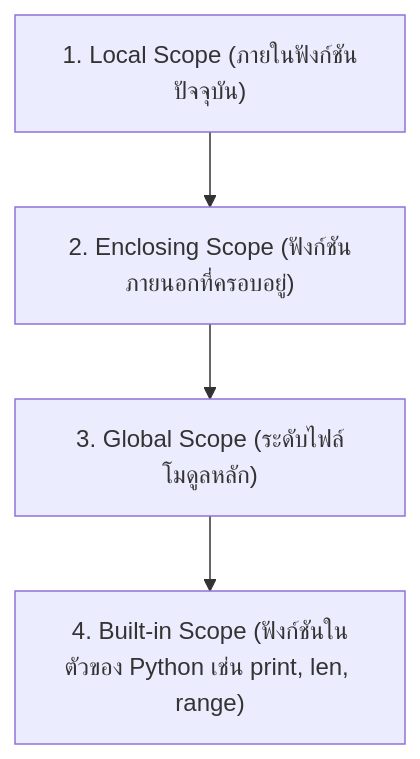
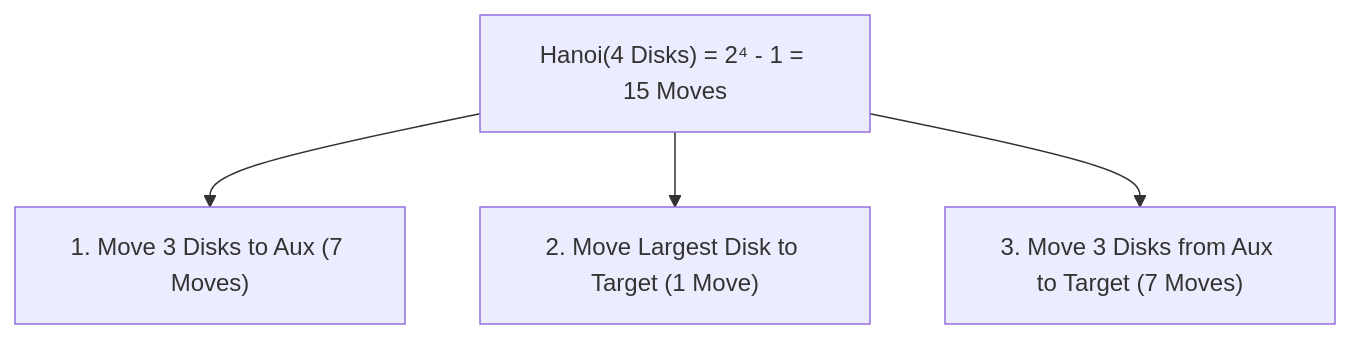
Before and after one commit to Tsanaphy2023/computing-science: the diagram in book1_chapters/chapter07_modular_programming_and_recursion.md, drawn with Mermaid. The commit also changed other lines of this file and 13 other files, not shown here.

````diff
--- a/book1_chapters/chapter07_modular_programming_and_recursion.md
+++ b/book1_chapters/chapter07_modular_programming_and_recursion.md
@@ -34,6 +63,7 @@
 ```mermaid
 graph TD
-    L["1. Local Scope (ภายในฟังก์ชันปัจจุบัน)"] --> E["2. Enclosing Scope (ฟังก์ชันภายนอกที่ครอบอยู่)"]
-    E --> G["3. Global Scope (ระดับไฟล์โมดูลหลัก)"]
-    G --> B["4. Built-in Scope (ฟังก์ชันในตัวของ Python เช่น print, len, range)"]
+    H4["Hanoi(4 Disks) = 2⁴ - 1 = 15 Moves"]
+    H4 --> H3_1["1. Move 3 Disks to Aux (7 Moves)"]
+    H4 --> H1["2. Move Largest Disk to Target (1 Move)"]
+    H4 --> H3_2["3. Move 3 Disks from Aux to Target (7 Moves)"]
 ```
````
